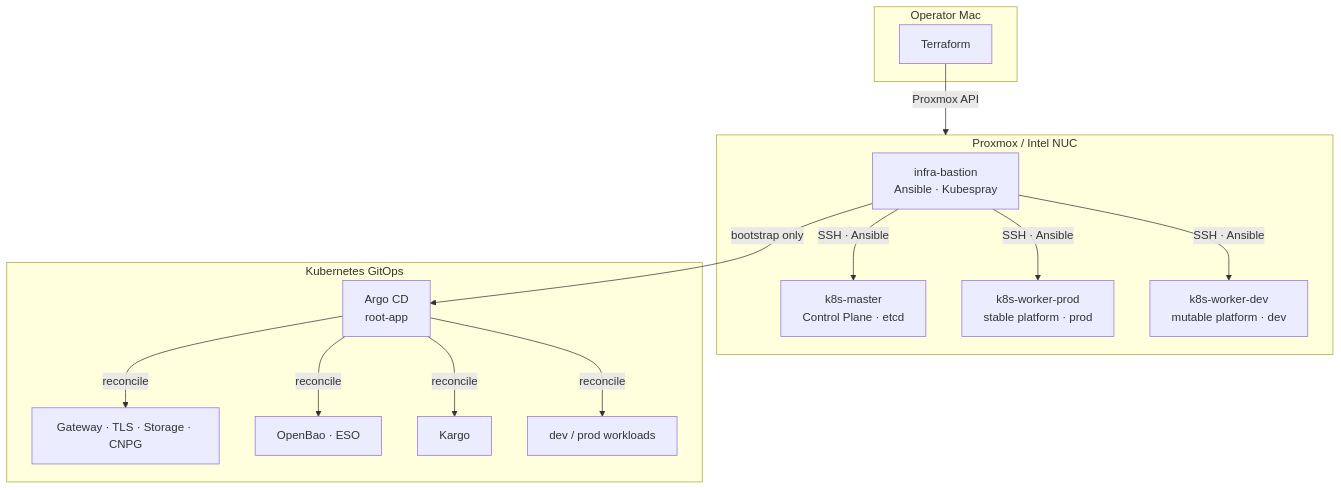
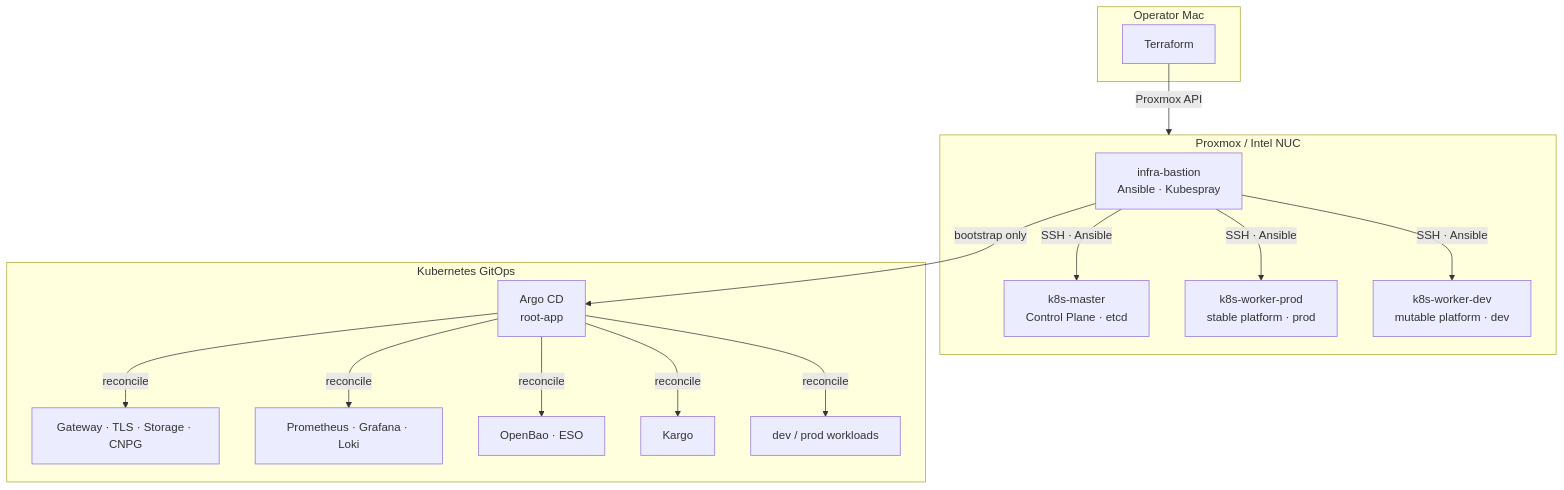
The first of 5 diagrams in README.md (hweyoung/homelab), drawn with Mermaid before and after one commit. The commit also changed other lines of this file and 23 other files, not shown here.

````diff
--- a/README.md
+++ b/README.md
@@ -37,26 +37,27 @@
 ```mermaid
 flowchart TB
     subgraph workstation["Operator Mac"]
         TF["Terraform"]
     end
 
     subgraph proxmox["Proxmox / Intel NUC"]
         B["infra-bastion<br/>Ansible · Kubespray"]
         CP["k8s-master<br/>Control Plane · etcd"]
         PROD["k8s-worker-prod<br/>stable platform · prod"]
         DEV["k8s-worker-dev<br/>mutable platform · dev"]
     end
 
     subgraph cluster["Kubernetes GitOps"]
         ARGO["Argo CD<br/>root-app"]
         PLATFORM["Gateway · TLS · Storage · CNPG"]
+        OBS["Prometheus · Grafana · Loki"]
         SECRETS["OpenBao · ESO"]
         KARGO["Kargo"]
         APPS["dev / prod workloads"]
     end
 
     TF -->|"Proxmox API"| proxmox
     B -->|"SSH · Ansible"| CP & PROD & DEV
     B -->|"bootstrap only"| ARGO
-    ARGO -->|"reconcile"| PLATFORM & SECRETS & KARGO & APPS
+    ARGO -->|"reconcile"| PLATFORM & SECRETS & KARGO & OBS & APPS
 ```
````
